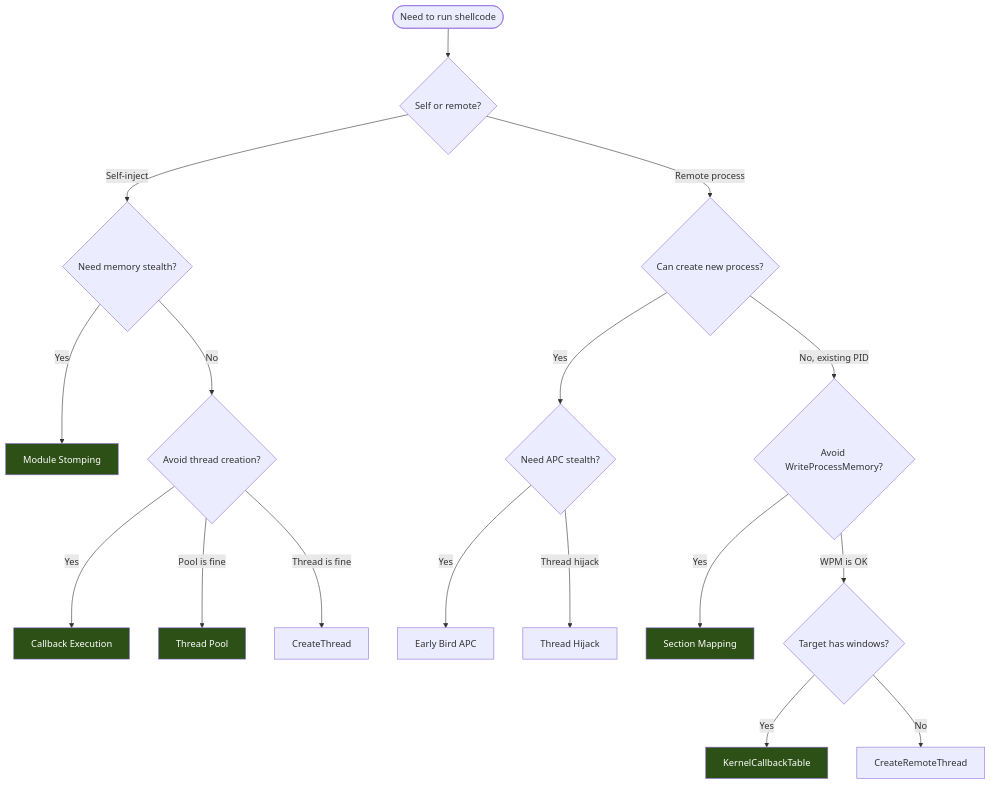
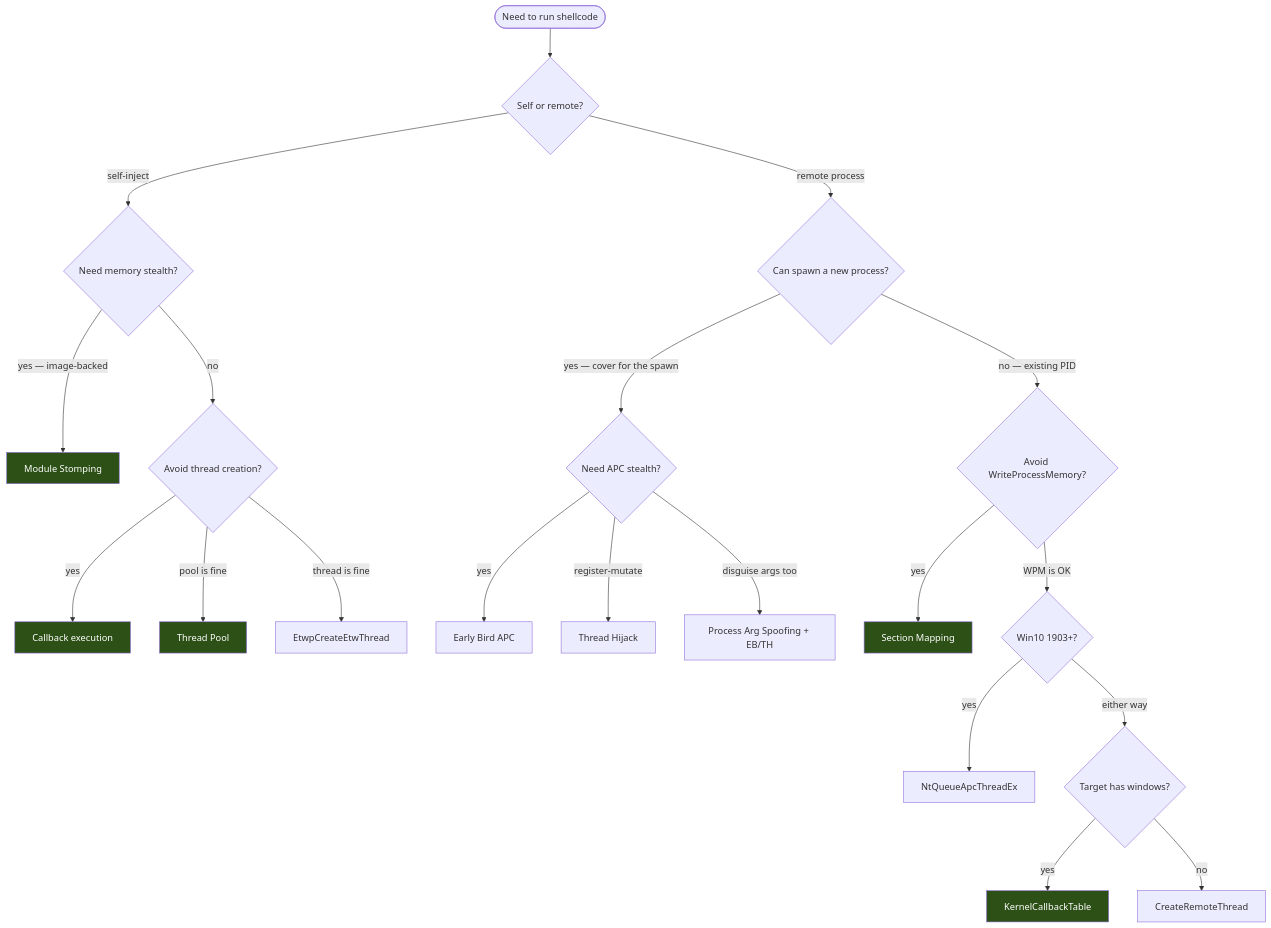
One commit to oioio-space/maldev changed the second of 2 diagrams in docs/techniques/injection/README.md. Above: the diagram before and after it, drawn with Mermaid. The commit also changed other lines of this file and 3 other files, not shown here.

````diff
--- a/docs/techniques/injection/README.md
+++ b/docs/techniques/injection/README.md
@@ -48,31 +69,33 @@
 ```mermaid
 flowchart TD
     Start([Need to run shellcode]) --> Q1{Self or remote?}
-    Q1 -->|Self-inject| Q2{Need memory stealth?}
-    Q1 -->|Remote process| Q3{Can create new process?}
+    Q1 -->|self-inject| Q2{Need memory stealth?}
+    Q1 -->|remote process| Q3{Can spawn a new process?}
 
-    Q2 -->|Yes| MS[Module Stomping]
-    Q2 -->|No| Q4{Avoid thread creation?}
+    Q2 -->|yes — image-backed| MS[Module Stomping]
+    Q2 -->|no| Q4{Avoid thread creation?}
 
-    Q4 -->|Yes| CB[Callback Execution]
-    Q4 -->|Pool is fine| TP[Thread Pool]
-    Q4 -->|Thread is fine| CT[CreateThread]
+    Q4 -->|yes| CB[Callback execution]
+    Q4 -->|pool is fine| TP[Thread Pool]
+    Q4 -->|thread is fine| ETW[EtwpCreateEtwThread]
 
-    Q3 -->|Yes| Q5{Need APC stealth?}
-    Q3 -->|No, existing PID| Q6{Avoid WriteProcessMemory?}
+    Q3 -->|yes — cover for the spawn| Q5{Need APC stealth?}
+    Q3 -->|no — existing PID| Q6{Avoid WriteProcessMemory?}
 
-    Q5 -->|Yes| EB[Early Bird APC]
-    Q5 -->|Thread hijack| TH[Thread Hijack]
+    Q5 -->|yes| EB[Early Bird APC]
+    Q5 -->|register-mutate| TH[Thread Hijack]
+    Q5 -->|disguise args too| AS[Process Arg Spoofing + EB/TH]
 
-    Q6 -->|Yes| SM[Section Mapping]
-    Q6 -->|WPM is OK| Q7{Target has windows?}
-
-    Q7 -->|Yes| KC[KernelCallbackTable]
-    Q7 -->|No| CRT[CreateRemoteThread]
+    Q6 -->|yes| SM[Section Mapping]
+    Q6 -->|WPM is OK| Q7{Win10 1903+?}
+    Q7 -->|yes| APCEX[NtQueueApcThreadEx]
+    Q7 -->|either way| Q8{Target has windows?}
+    Q8 -->|yes| KC[KernelCallbackTable]
+    Q8 -->|no| CRT[CreateRemoteThread]
 
     style MS fill:#2d5016,color:#fff
     style SM fill:#2d5016,color:#fff
     style CB fill:#2d5016,color:#fff
     style TP fill:#2d5016,color:#fff
     style KC fill:#2d5016,color:#fff
 ```
````
